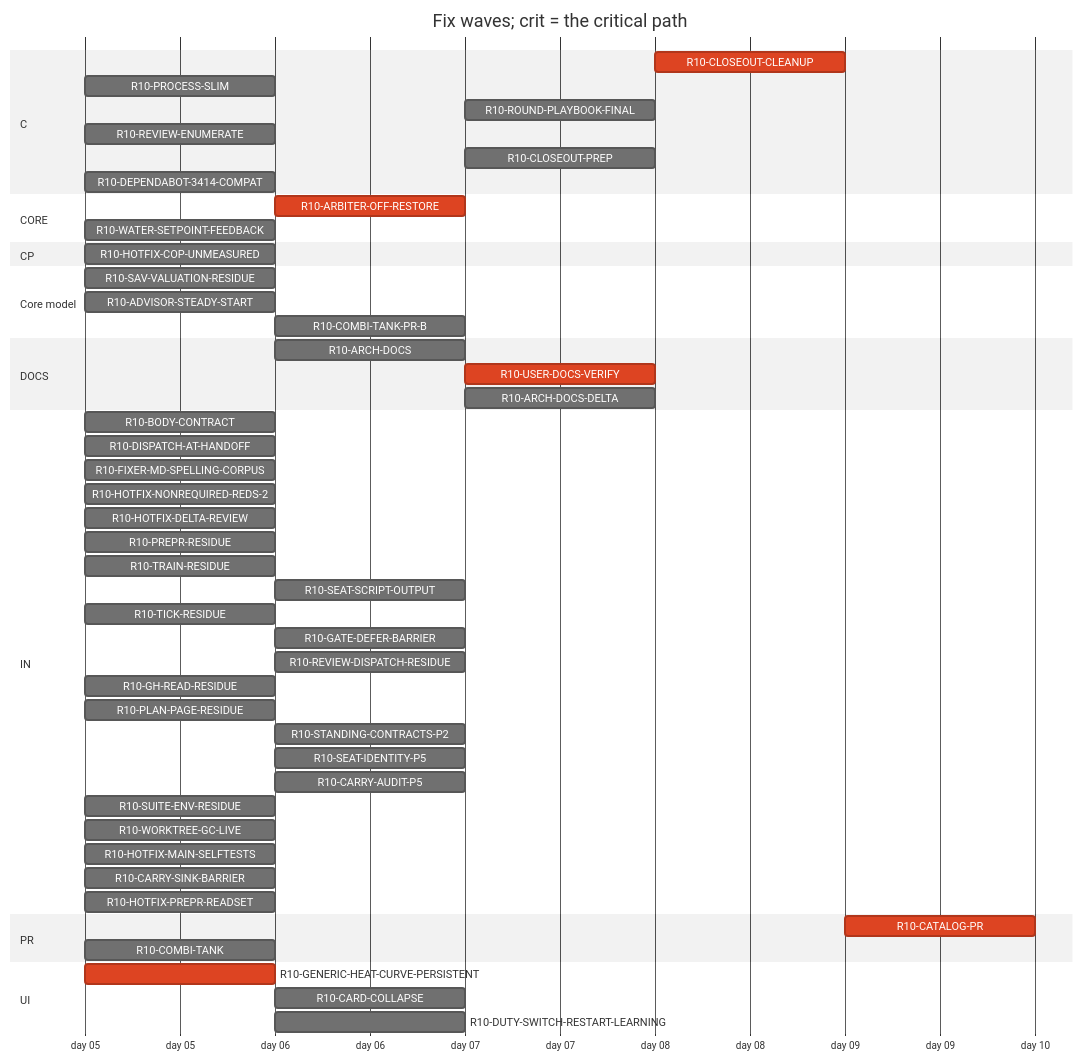
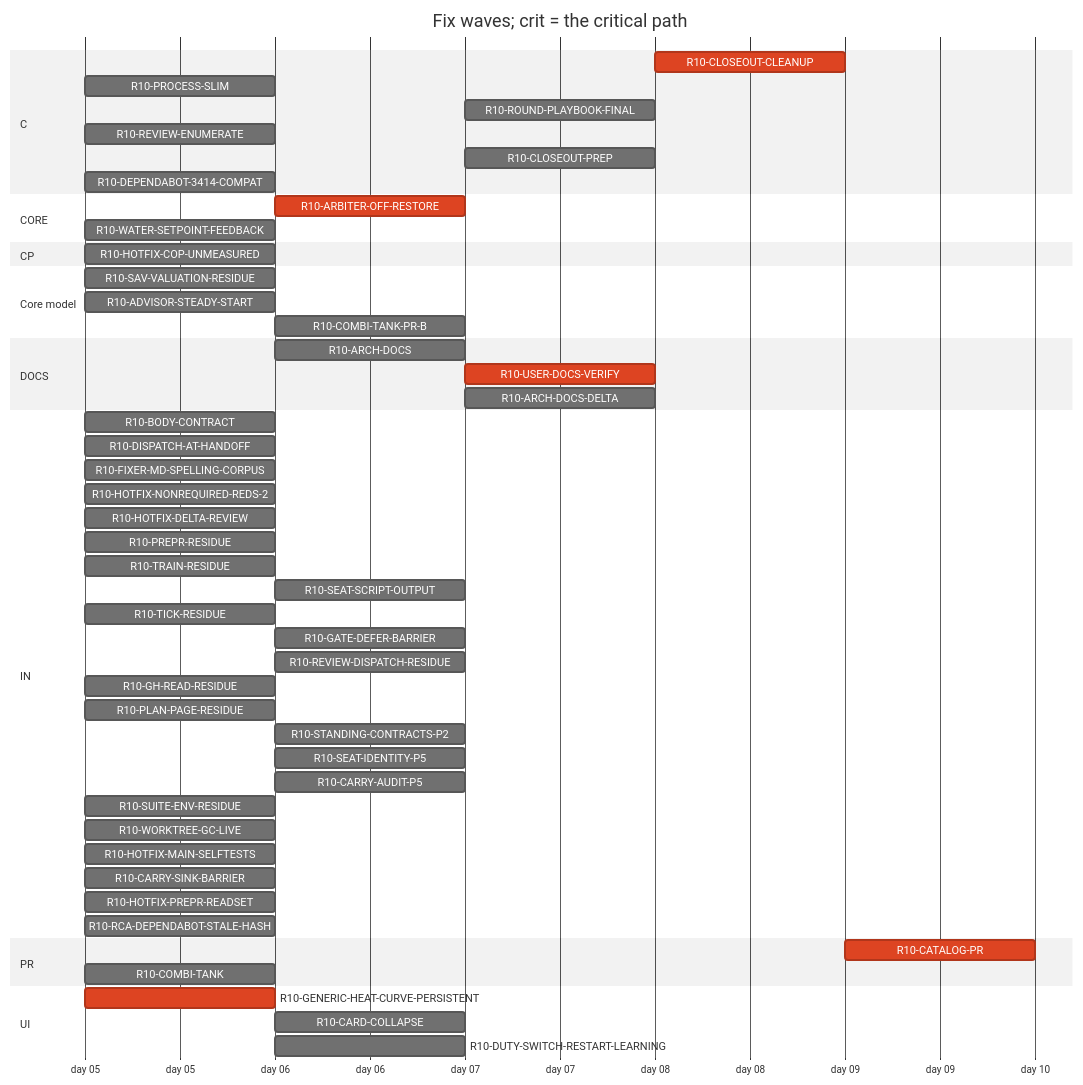
The diagram in handoff/round10/state/PLAN-TABLE.md (tvofi/heatpump_optimizer), drawn with Mermaid (neutral theme) before and after one commit. The commit also changed other lines of this file and 4 other files, not shown here.

Commit message:
state: FLOW-BOARD.md, NEXT-SESSION-PROMPT.md, PLAN-TABLE.md, PLAN.html, RESUME-CURRENT.md regenerated (state_docs.py)

````diff
--- a/handoff/round10/state/PLAN-TABLE.md
+++ b/handoff/round10/state/PLAN-TABLE.md
@@ -21,55 +21,56 @@
 ```mermaid
 gantt
   title Fix waves; crit = the critical path
   dateFormat YYYY-MM-DD
   axisFormat day %d
   section C
     R10-CLOSEOUT-CLEANUP :crit, r10CLOSEOUTCLEANUP, after r10ARCHDOCS r10USERDOCSVERIFY r10ROUNDPLAYBOOKFINAL r10CLOSEOUTPREP r10ARCHDOCSDELTA, 1d
     R10-PROCESS-SLIM :r10PROCESSSLIM, 2026-01-05, 1d
     R10-ROUND-PLAYBOOK-FINAL :r10ROUNDPLAYBOOKFINAL, after r10DISPATCHATHANDOFF r10BODYCONTRACT r10PROCESSSLIM r10FIXERMDSPELLINGCORPUS r10PREPRRESIDUE r10SEATSCRIPTOUTPUT r10REVIEWDISPATCHRESIDUE r10CARRYAUDITP5 r10TICKRESIDUE r10SEATIDENTITYP5 r10STANDINGCONTRACTSP2 r10PLANPAGERESIDUE r10TRAINRESIDUE r10GHREADRESIDUE r10SUITEENVRESIDUE r10GATEDEFERBARRIER r10WORKTREEGCLIVE, 1d
     R10-REVIEW-ENUMERATE :r10REVIEWENUMERATE, 2026-01-05, 1d
     R10-CLOSEOUT-PREP :r10CLOSEOUTPREP, after r10ARCHDOCS r10DISPATCHATHANDOFF r10BODYCONTRACT r10PROCESSSLIM r10FIXERMDSPELLINGCORPUS r10PREPRRESIDUE r10SEATSCRIPTOUTPUT r10REVIEWDISPATCHRESIDUE r10CARRYAUDITP5 r10TICKRESIDUE r10SEATIDENTITYP5 r10STANDINGCONTRACTSP2 r10PLANPAGERESIDUE r10TRAINRESIDUE r10GHREADRESIDUE r10SUITEENVRESIDUE r10GATEDEFERBARRIER r10WORKTREEGCLIVE, 1d
     R10-DEPENDABOT-3414-COMPAT :r10DEPENDABOT3414COMPAT, 2026-01-05, 1d
   section CORE
     R10-ARBITER-OFF-RESTORE :crit, r10ARBITEROFFRESTORE, after r10GENERICHEATCURVEPERSISTENT r10WATERSETPOINTFEEDBACK, 1d
     R10-WATER-SETPOINT-FEEDBACK :r10WATERSETPOINTFEEDBACK, 2026-01-05, 1d
   section CP
     R10-HOTFIX-COP-UNMEASURED :r10HOTFIXCOPUNMEASURED, 2026-01-05, 1d
   section Core model
     R10-SAV-VALUATION-RESIDUE :r10SAVVALUATIONRESIDUE, 2026-01-05, 1d
     R10-ADVISOR-STEADY-START :r10ADVISORSTEADYSTART, 2026-01-05, 1d
     R10-COMBI-TANK-PR-B :r10COMBITANKPRB, after r10COMBITANK, 1d
   section DOCS
     R10-ARCH-DOCS :r10ARCHDOCS, after r10DISPATCHATHANDOFF r10BODYCONTRACT r10PROCESSSLIM, 1d
     R10-USER-DOCS-VERIFY :crit, r10USERDOCSVERIFY, after r10HOTFIXCOPUNMEASURED r10GENERICHEATCURVEPERSISTENT r10ARBITEROFFRESTORE r10COMBITANK, 1d
     R10-ARCH-DOCS-DELTA :r10ARCHDOCSDELTA, after r10ARCHDOCS r10HOTFIXCOPUNMEASURED r10GENERICHEATCURVEPERSISTENT r10ARBITEROFFRESTORE r10COMBITANK r10SAVVALUATIONRESIDUE r10ADVISORSTEADYSTART r10COMBITANKPRB, 1d
   section IN
     R10-BODY-CONTRACT :r10BODYCONTRACT, 2026-01-05, 1d
     R10-DISPATCH-AT-HANDOFF :r10DISPATCHATHANDOFF, 2026-01-05, 1d
     R10-FIXER-MD-SPELLING-CORPUS :r10FIXERMDSPELLINGCORPUS, 2026-01-05, 1d
     R10-HOTFIX-NONREQUIRED-REDS-2 :r10HOTFIXNONREQUIREDREDS2, 2026-01-05, 1d
     R10-HOTFIX-DELTA-REVIEW :r10HOTFIXDELTAREVIEW, 2026-01-05, 1d
     R10-PREPR-RESIDUE :r10PREPRRESIDUE, 2026-01-05, 1d
     R10-TRAIN-RESIDUE :r10TRAINRESIDUE, 2026-01-05, 1d
     R10-SEAT-SCRIPT-OUTPUT :r10SEATSCRIPTOUTPUT, after r10TRAINRESIDUE, 1d
     R10-TICK-RESIDUE :r10TICKRESIDUE, 2026-01-05, 1d
     R10-GATE-DEFER-BARRIER :r10GATEDEFERBARRIER, after r10TRAINRESIDUE r10TICKRESIDUE, 1d
     R10-REVIEW-DISPATCH-RESIDUE :r10REVIEWDISPATCHRESIDUE, after r10DISPATCHATHANDOFF r10REVIEWENUMERATE r10HOTFIXDELTAREVIEW r10PROCESSSLIM, 1d
     R10-GH-READ-RESIDUE :r10GHREADRESIDUE, 2026-01-05, 1d
     R10-PLAN-PAGE-RESIDUE :r10PLANPAGERESIDUE, 2026-01-05, 1d
     R10-STANDING-CONTRACTS-P2 :r10STANDINGCONTRACTSP2, after r10FIXERMDSPELLINGCORPUS, 1d
     R10-SEAT-IDENTITY-P5 :r10SEATIDENTITYP5, after r10TICKRESIDUE, 1d
     R10-CARRY-AUDIT-P5 :r10CARRYAUDITP5, after r10BODYCONTRACT, 1d
     R10-SUITE-ENV-RESIDUE :r10SUITEENVRESIDUE, 2026-01-05, 1d
     R10-WORKTREE-GC-LIVE :r10WORKTREEGCLIVE, 2026-01-05, 1d
     R10-HOTFIX-MAIN-SELFTESTS :r10HOTFIXMAINSELFTESTS, 2026-01-05, 1d
     R10-CARRY-SINK-BARRIER :r10CARRYSINKBARRIER, 2026-01-05, 1d
     R10-HOTFIX-PREPR-READSET :r10HOTFIXPREPRREADSET, 2026-01-05, 1d
+    R10-RCA-DEPENDABOT-STALE-HASH :r10RCADEPENDABOTSTALEHASH, 2026-01-05, 1d
   section PR
     R10-CATALOG-PR :crit, r10CATALOGPR, after r10USERDOCSVERIFY r10ARCHDOCS r10ROUNDPLAYBOOKFINAL r10CLOSEOUTCLEANUP r10CLOSEOUTPREP r10ARCHDOCSDELTA, 1d
     R10-COMBI-TANK :r10COMBITANK, 2026-01-05, 1d
   section UI
     R10-GENERIC-HEAT-CURVE-PERSISTENT :crit, r10GENERICHEATCURVEPERSISTENT, 2026-01-05, 1d
     R10-CARD-COLLAPSE :r10CARDCOLLAPSE, after r10HOTFIXCOPUNMEASURED, 1d
     R10-DUTY-SWITCH-RESTART-LEARNING :r10DUTYSWITCHRESTARTLEARNING, after r10WATERSETPOINTFEEDBACK, 1d
 ```
````
